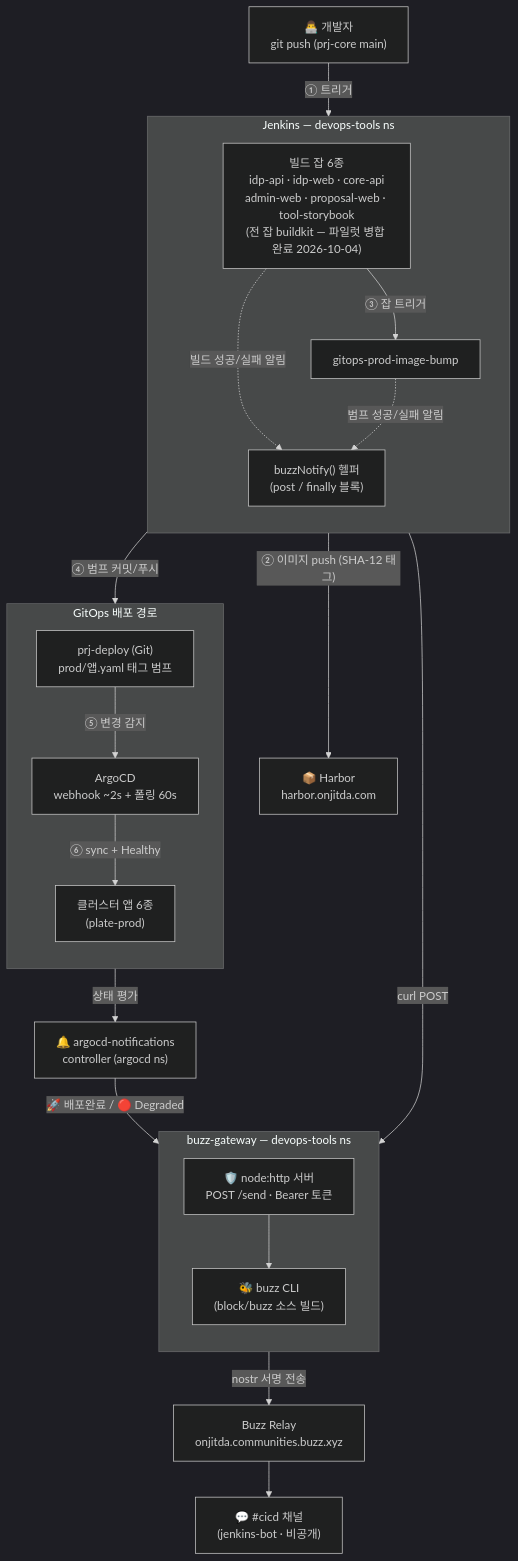
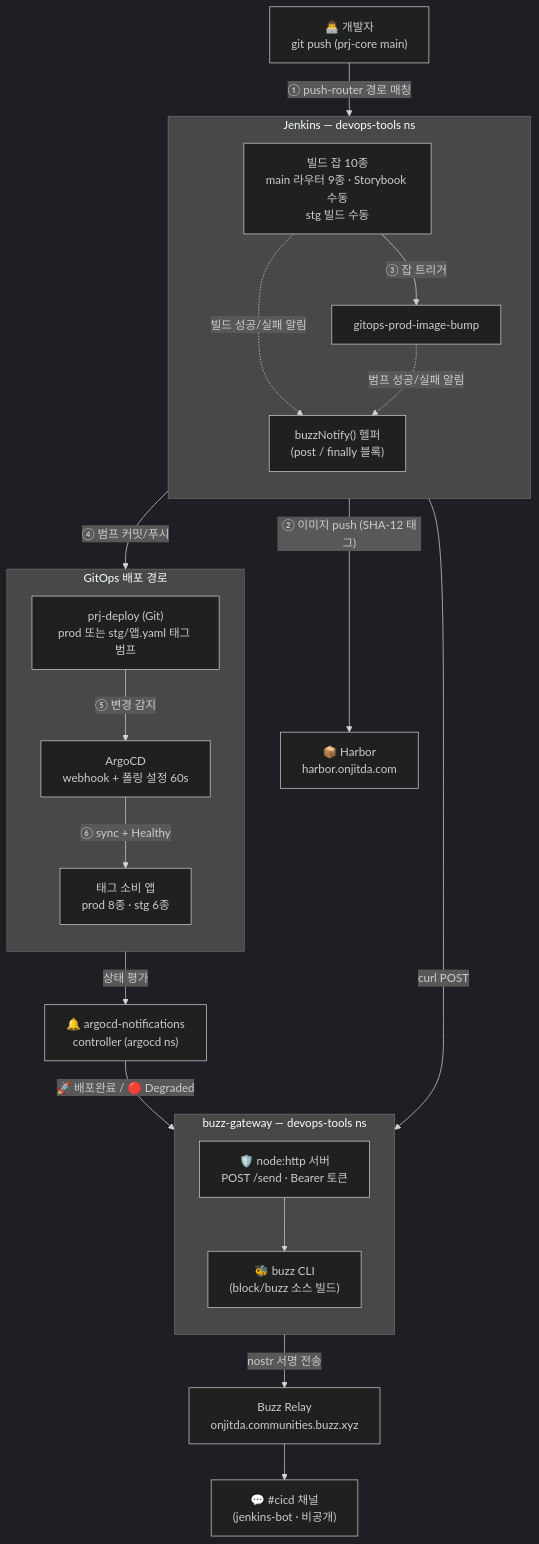
The first of 7 diagrams in docs/buzz-architecture-visual.md (kimjoongwon/prj-devops), drawn with Mermaid (dark theme) before and after one commit. The commit also changed other lines of this file and 12 other files, not shown here.

````diff
--- a/docs/buzz-architecture-visual.md
+++ b/docs/buzz-architecture-visual.md
@@ -10,47 +11,47 @@
 ```mermaid
 flowchart TB
     DEV["👨‍💻 개발자<br/>git push (prj-core main)"]
 
     subgraph JENKINS["Jenkins — devops-tools ns"]
         direction TB
-        BJ["빌드 잡 6종<br/>idp-api · idp-web · core-api<br/>admin-web · proposal-web · tool-storybook<br/>(전 잡 buildkit — 파일럿 병합 완료 2026-10-04)"]
+        BJ["빌드 잡 10종<br/>main 라우터 9종 · Storybook 수동<br/>stg 빌드 수동"]
         GJ["gitops-prod-image-bump"]
         BN["buzzNotify() 헬퍼<br/>(post / finally 블록)"]
     end
 
     HARBOR["📦 Harbor<br/>harbor.onjitda.com"]
 
     subgraph GITOPS["GitOps 배포 경로"]
         direction TB
-        PD["prj-deploy (Git)<br/>prod/앱.yaml 태그 범프"]
-        ARGO["ArgoCD<br/>webhook ~2s + 폴링 60s"]
-        APPS["클러스터 앱 6종<br/>(plate-prod)"]
+        PD["prj-deploy (Git)<br/>prod 또는 stg/앱.yaml 태그 범프"]
+        ARGO["ArgoCD<br/>webhook + 폴링 설정 60s"]
+        APPS["태그 소비 앱<br/>prod 8종 · stg 6종"]
     end
 
     NC["🔔 argocd-notifications<br/>controller (argocd ns)"]
 
     subgraph GWNS["buzz-gateway — devops-tools ns"]
         direction TB
         GW["🛡️ node:http 서버<br/>POST /send · Bearer 토큰"]
         CLI["🐝 buzz CLI<br/>(block/buzz 소스 빌드)"]
         GW --> CLI
     end
 
     RELAY["Buzz Relay<br/>onjitda.communities.buzz.xyz"]
     CICD["💬 #cicd 채널<br/>(jenkins-bot · 비공개)"]
 
-    DEV -->|"① 트리거"| BJ
+    DEV -->|"① push-router 경로 매칭"| BJ
     BJ -->|"② 이미지 push (SHA-12 태그)"| HARBOR
     BJ -->|"③ 잡 트리거"| GJ
     GJ -->|"④ 범프 커밋/푸시"| PD
     PD -->|"⑤ 변경 감지"| ARGO
     ARGO -->|"⑥ sync + Healthy"| APPS
     ARGO -->|"상태 평가"| NC
 
     BJ -.->|"빌드 성공/실패 알림"| BN
     GJ -.->|"범프 성공/실패 알림"| BN
     BN -->|"curl POST"| GW
     NC -->|"🚀 배포완료 / 🔴 Degraded"| GW
     CLI -->|"nostr 서명 전송"| RELAY
     RELAY --> CICD
 ```
````
